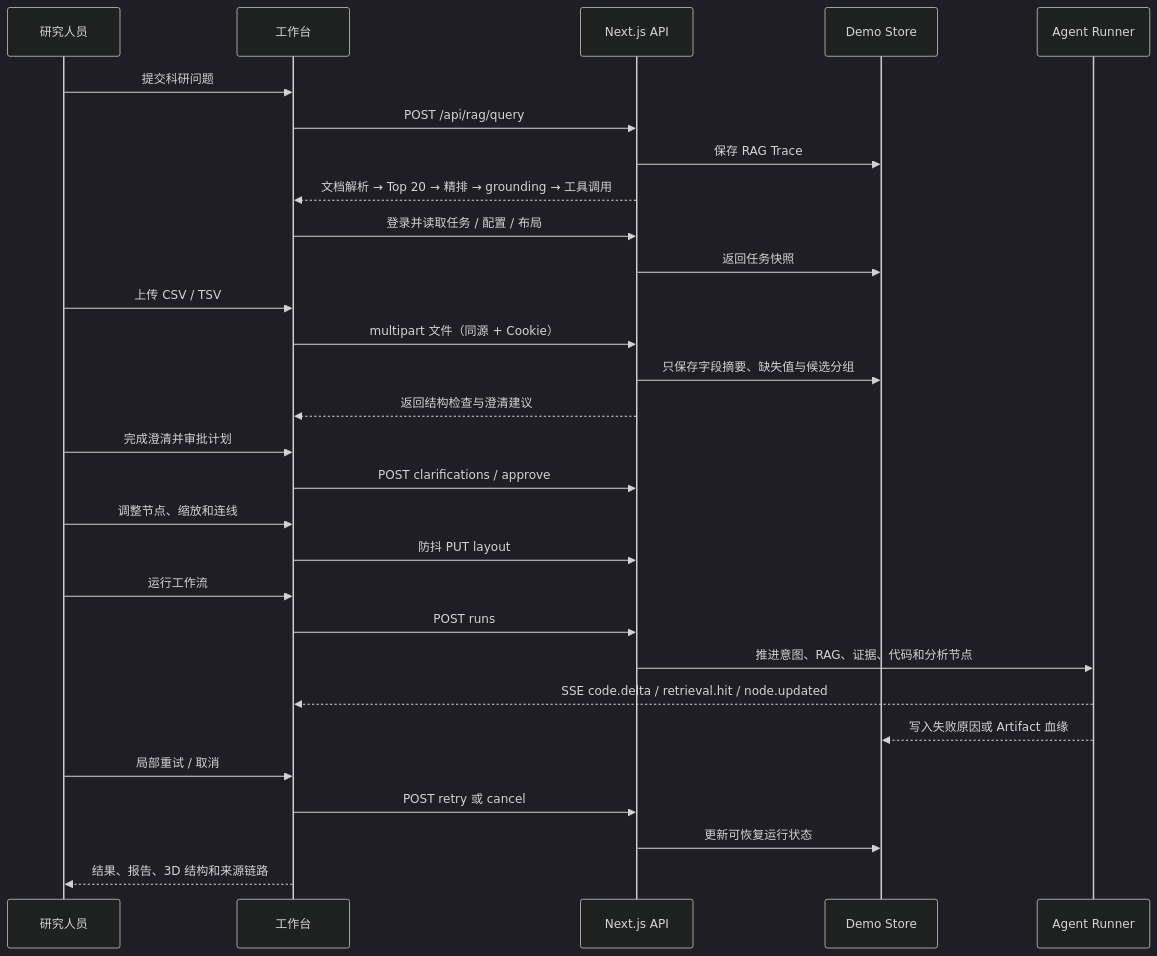
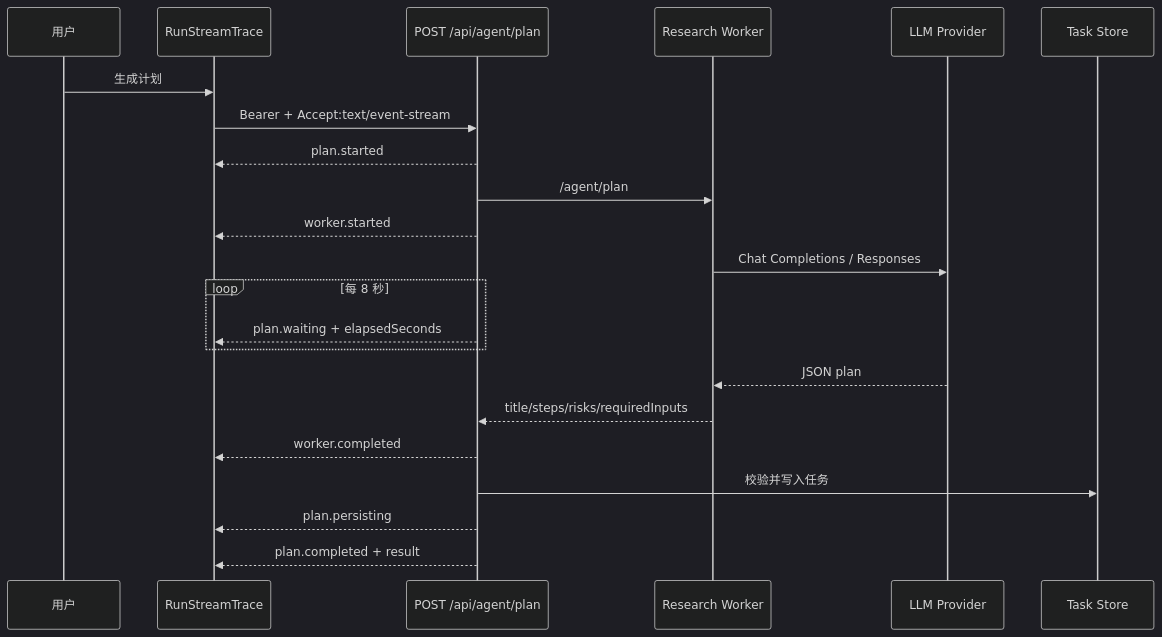
One commit to fys-bot/bio-studio changed the second of 4 diagrams in docs/架构与交付说明.md. Above: the diagram before and after it, drawn with Mermaid (dark theme). The commit also changed other lines of this file and 15 other files, not shown here.

````diff
--- a/docs/架构与交付说明.md
+++ b/docs/架构与交付说明.md
@@ -105,32 +202,25 @@
 ```mermaid
 sequenceDiagram
-  participant U as 研究人员
-  participant UI as 工作台
-  participant API as Next.js API
-  participant S as Demo Store
-  participant R as Agent Runner
+  participant U as 用户
+  participant UI as RunStreamTrace
+  participant BFF as POST /api/agent/plan
+  participant W as Research Worker
+  participant L as LLM Provider
+  participant S as Task Store
 
-  U->>UI: 提交科研问题
-  UI->>API: POST /api/rag/query
-  API->>S: 保存 RAG Trace
-  API-->>UI: 文档解析 → Top 20 → 精排 → grounding → 工具调用
-  UI->>API: 登录并读取任务 / 配置 / 布局
-  API->>S: 返回任务快照
-  U->>UI: 上传 CSV / TSV
-  UI->>API: multipart 文件（同源 + Cookie）
-  API->>S: 只保存字段摘要、缺失值与候选分组
-  API-->>UI: 返回结构检查与澄清建议
-  U->>UI: 完成澄清并审批计划
-  UI->>API: POST clarifications / approve
-  U->>UI: 调整节点、缩放和连线
-  UI->>API: 防抖 PUT layout
-  U->>UI: 运行工作流
-  UI->>API: POST runs
-  API->>R: 推进意图、RAG、证据、代码和分析节点
-  R-->>UI: SSE code.delta / retrieval.hit / node.updated
-  R-->>S: 写入失败原因或 Artifact 血缘
-  U->>UI: 局部重试 / 取消
-  UI->>API: POST retry 或 cancel
-  API->>S: 更新可恢复运行状态
-  UI-->>U: 结果、报告、3D 结构和来源链路
+  U->>UI: 生成计划
+  UI->>BFF: Bearer + Accept:text/event-stream
+  BFF-->>UI: plan.started
+  BFF->>W: /agent/plan
+  BFF-->>UI: worker.started
+  W->>L: Chat Completions / Responses
+  loop 每 8 秒
+    BFF-->>UI: plan.waiting + elapsedSeconds
+  end
+  L-->>W: JSON plan
+  W-->>BFF: title/steps/risks/requiredInputs
+  BFF-->>UI: worker.completed
+  BFF->>S: 校验并写入任务
+  BFF-->>UI: plan.persisting
+  BFF-->>UI: plan.completed + result
 ```
````
